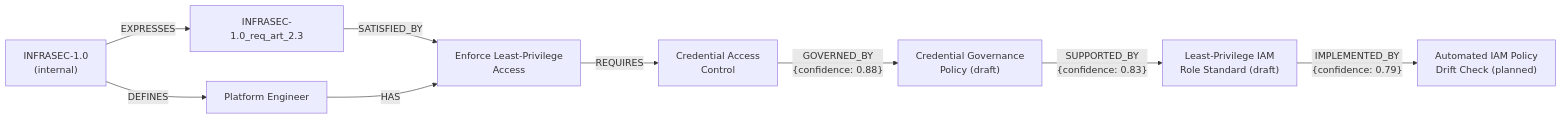
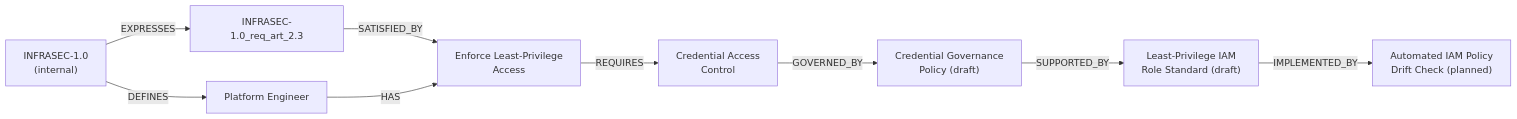
One commit to mindovermachine-dev/policy-system changed the second of 4 diagrams in docs/artifacts/ps-domain-concepts.md. Above: the diagram before and after it, drawn with Mermaid. The commit also changed other lines of this file and 8 other files, not shown here.

````diff
--- a/docs/artifacts/ps-domain-concepts.md
+++ b/docs/artifacts/ps-domain-concepts.md
@@ -578,11 +575,11 @@
 ```mermaid
 graph LR
     INFRASEC["INFRASEC-1.0<br/>(internal)"] -->|DEFINES| PlatformEng["Platform Engineer"]
     INFRASEC -->|EXPRESSES| ReqInfra["INFRASEC-1.0_req_art_2.3"]
     ReqInfra -->|SATISFIED_BY| OblInfra["Enforce Least-Privilege<br/>Access"]
     PlatformEng -->|HAS| OblInfra
     OblInfra -->|REQUIRES| CapInfra["Credential Access<br/>Control"]
-    CapInfra -->|"GOVERNED_BY<br/>{confidence: 0.88}"| PolInfra["Credential Governance<br/>Policy (draft)"]
-    PolInfra -->|"SUPPORTED_BY<br/>{confidence: 0.83}"| StdInfra["Least-Privilege IAM<br/>Role Standard (draft)"]
-    StdInfra -->|"IMPLEMENTED_BY<br/>{confidence: 0.79}"| CtrlInfra["Automated IAM Policy<br/>Drift Check (planned)"]
+    CapInfra -->|GOVERNED_BY| PolInfra["Credential Governance<br/>Policy (draft)"]
+    PolInfra -->|SUPPORTED_BY| StdInfra["Least-Privilege IAM<br/>Role Standard (draft)"]
+    StdInfra -->|IMPLEMENTED_BY| CtrlInfra["Automated IAM Policy<br/>Drift Check (planned)"]
 ```
````
